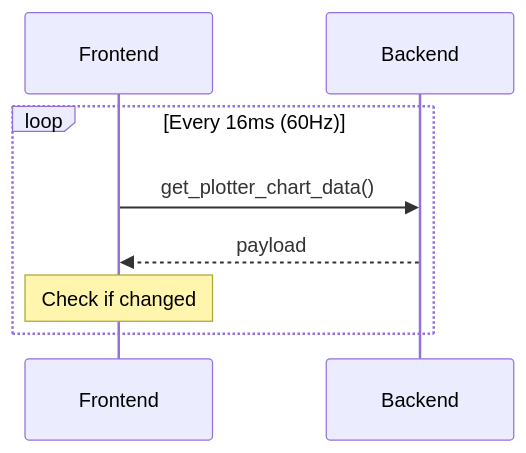
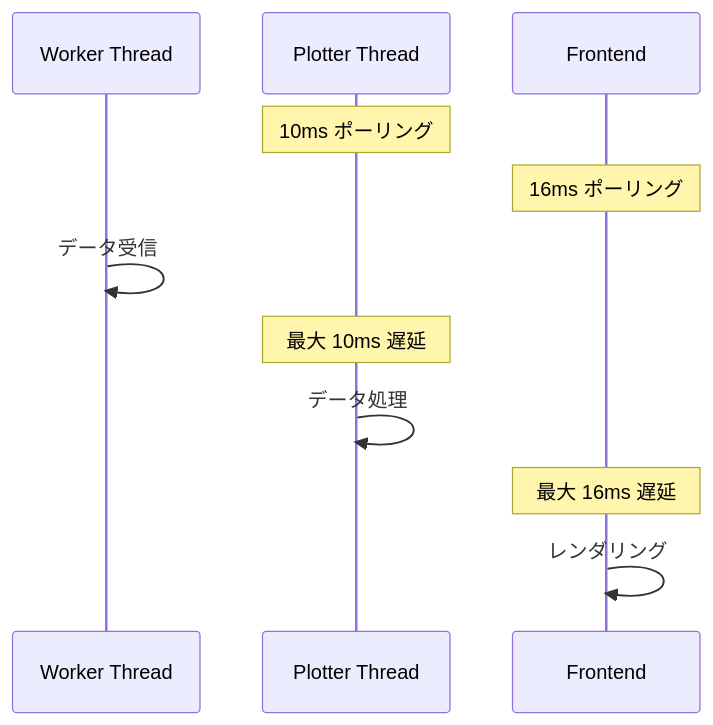
The first of 4 diagrams in docs/11_refactor_throttled_events.md (771-8bit/SerialMonitorEssential), drawn with Mermaid before and after one commit. The commit also changed other lines of this file and 9 other files, not shown here.

````diff
--- a/docs/11_refactor_throttled_events.md
+++ b/docs/11_refactor_throttled_events.md
@@ -13,11 +43,15 @@
 ```mermaid
 sequenceDiagram
+    participant WK as Worker Thread
+    participant PT as Plotter Thread
     participant FE as Frontend
-    participant BE as Backend
     
-    loop Every 16ms (60Hz)
-        FE->>BE: get_plotter_chart_data()
-        BE-->>FE: payload
-        Note over FE: Check if changed
-    end
+    Note over PT: 10ms ポーリング
+    Note over FE: 16ms ポーリング
+    
+    WK->>WK: データ受信
+    Note over PT: 最大 10ms 遅延
+    PT->>PT: データ処理
+    Note over FE: 最大 16ms 遅延
+    FE->>FE: レンダリング
 ```
````
